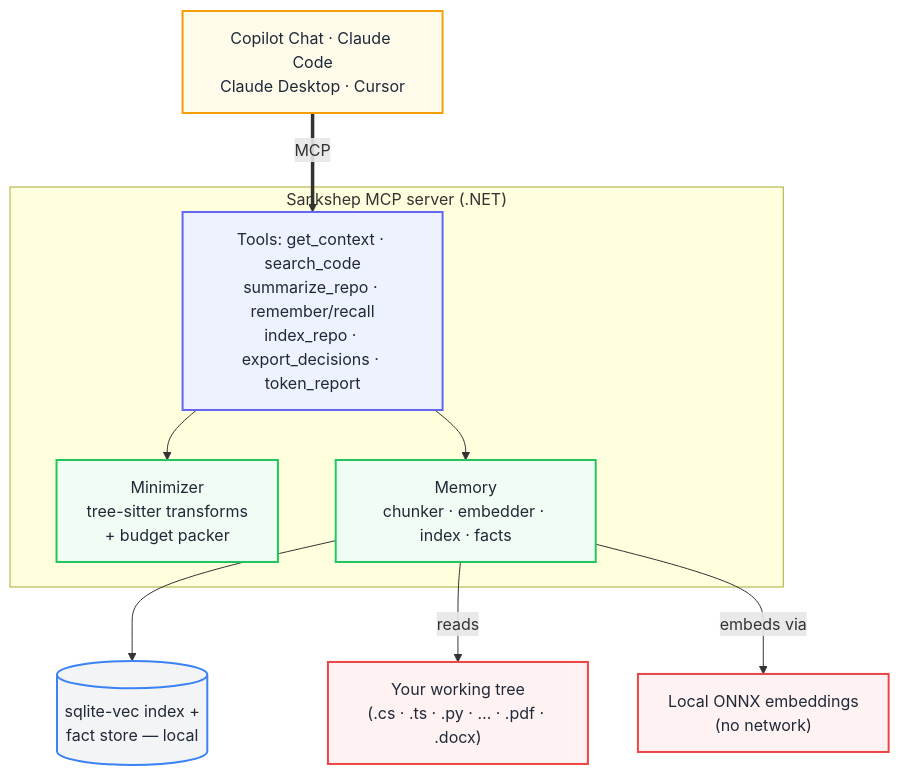
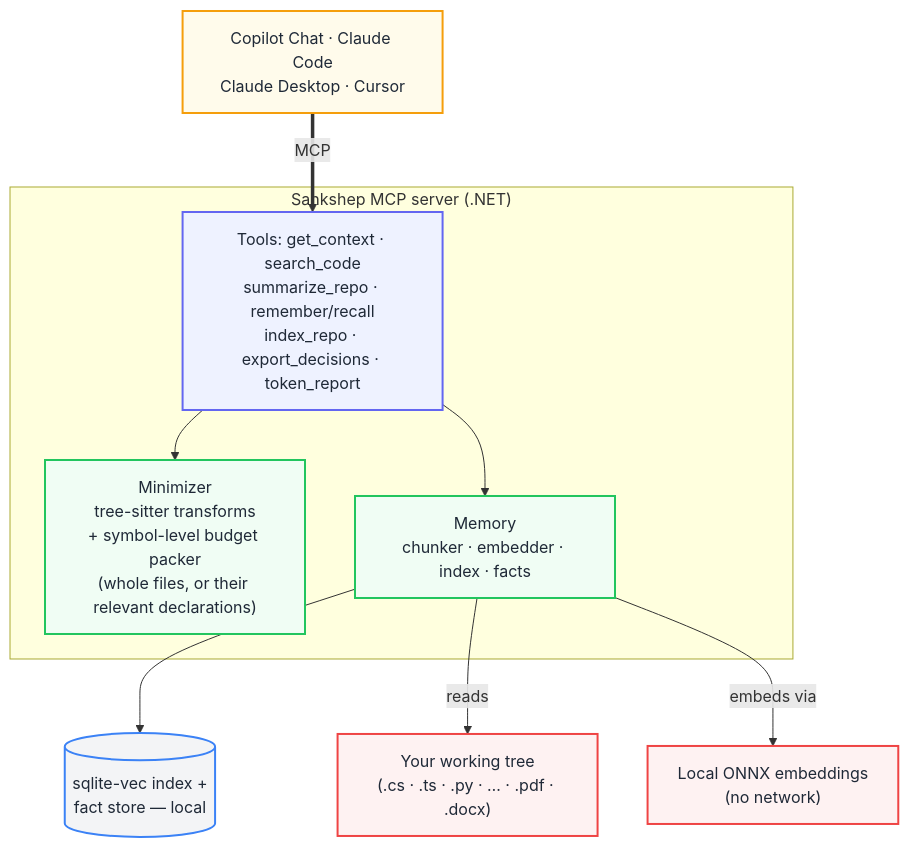
Before and after one commit to nitinpawar28/sankshep-docs: the fifth of 7 diagrams in docs/how-it-works.md, drawn with Mermaid. The commit also changed other lines of this file and 8 other files, not shown here.

````diff
--- a/docs/how-it-works.md
+++ b/docs/how-it-works.md
@@ -176,27 +176,27 @@
 ```mermaid
 flowchart TB
     classDef client fill:#fffbeb,stroke:#f59e0b,stroke-width:2px,color:#1f2937
     classDef server fill:#eef2ff,stroke:#6366f1,stroke-width:2px,color:#1f2937
     classDef engine fill:#f0fdf4,stroke:#22c55e,stroke-width:2px,color:#1f2937
     classDef store fill:#f3f4f6,stroke:#3b82f6,stroke-width:2px,color:#1f2937
     classDef ext fill:#fef2f2,stroke:#ef4444,stroke-width:2px,color:#1f2937
 
     IDE["Copilot Chat · Claude Code<br/>Claude Desktop · Cursor"]:::client
 
     subgraph Sankshep["Sankshep MCP server (.NET)"]
         Tools["Tools: get_context · search_code<br/>summarize_repo · remember/recall<br/>index_repo · export_decisions · token_report"]:::server
-        Min["Minimizer<br/>tree-sitter transforms<br/>+ budget packer"]:::engine
+        Min["Minimizer<br/>tree-sitter transforms<br/>+ symbol-level budget packer<br/>(whole files, or their relevant declarations)"]:::engine
         Mem["Memory<br/>chunker · embedder · index · facts"]:::engine
     end
 
     Vec[("sqlite-vec index +<br/>fact store — local")]:::store
     Repo["Your working tree<br/>(.cs · .ts · .py · … · .pdf · .docx)"]:::ext
     ONNX["Local ONNX embeddings<br/>(no network)"]:::ext
 
     IDE ==>|MCP| Tools
     Tools --> Min
     Tools --> Mem
     Mem --> Vec
     Mem -->|reads| Repo
     Mem -->|embeds via| ONNX
 ```
````
